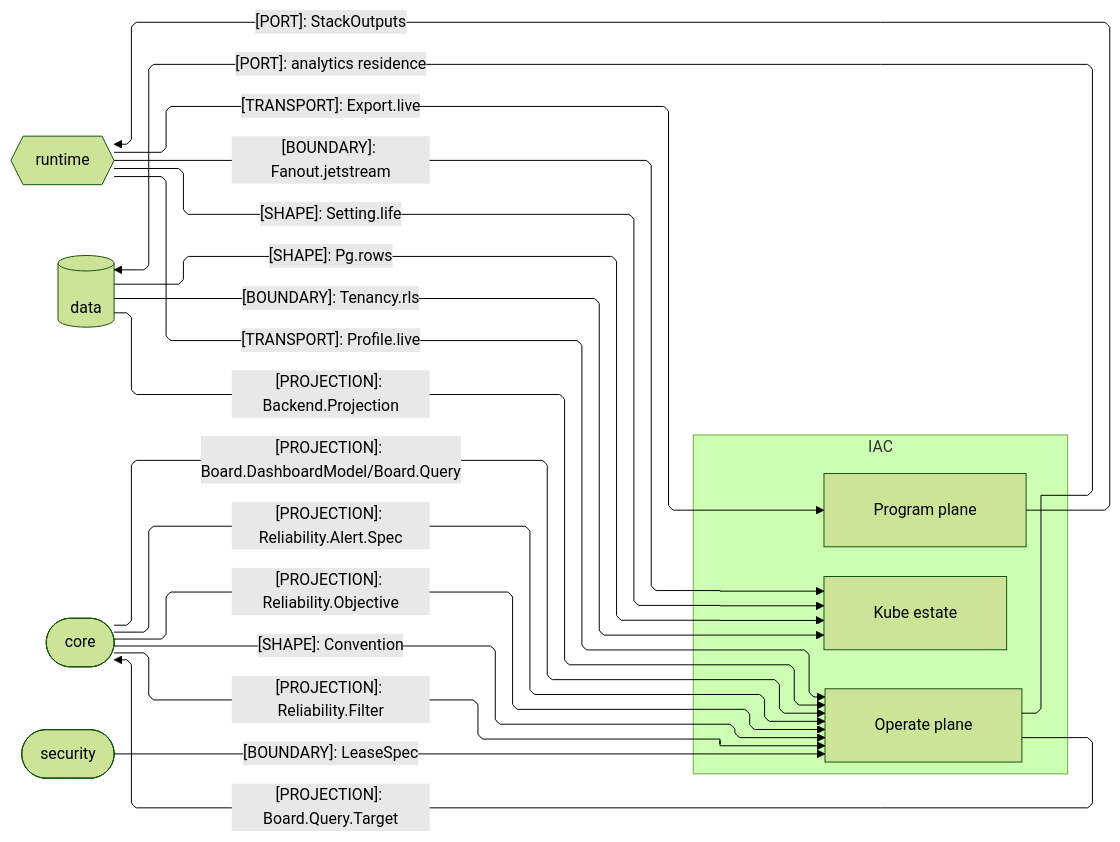
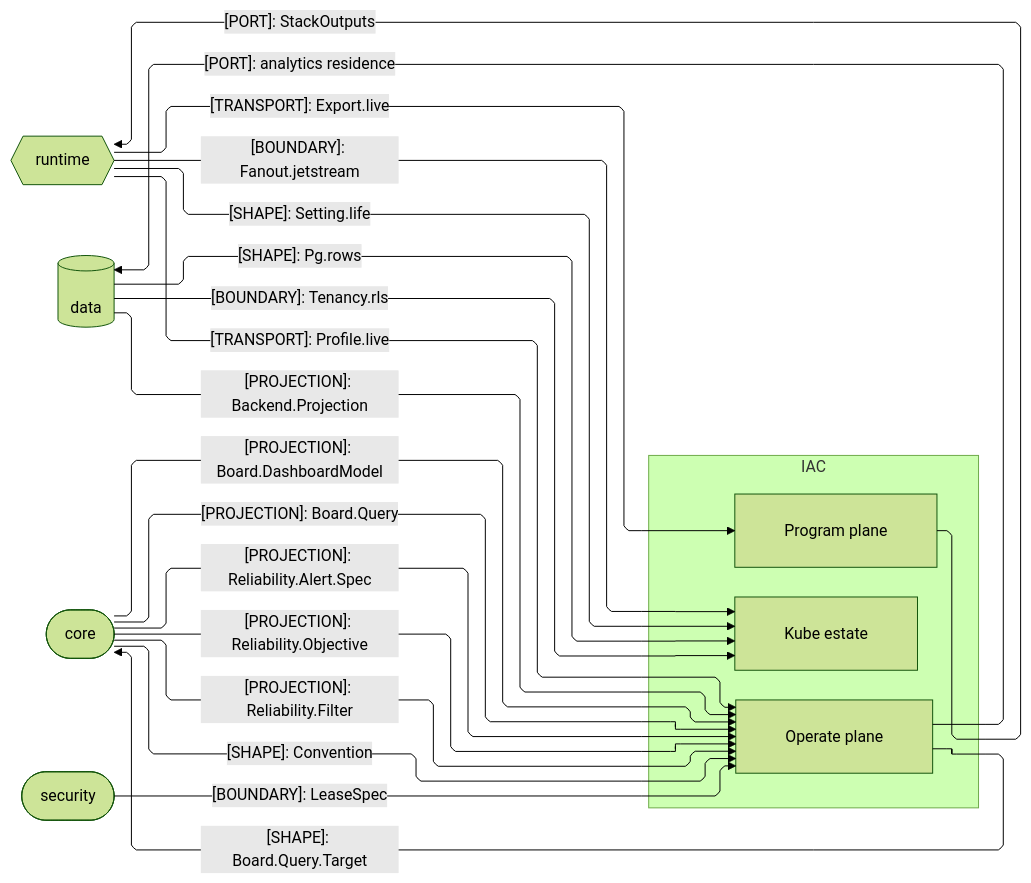
One commit to bsamiee/Rasm changed the second of 3 diagrams in libs/typescript/iac/ARCHITECTURE.md. Above: the diagram before and after it, drawn with Mermaid (forest theme). The commit also changed other lines of this file and 115 other files, not shown here.

````diff
--- a/libs/typescript/iac/ARCHITECTURE.md
+++ b/libs/typescript/iac/ARCHITECTURE.md
@@ -78,37 +80,38 @@
 ```mermaid
 ---
 config:
   layout: elk
   flowchart:
     curve: linear
     padding: 25
 ---
 flowchart LR
     accTitle: IaC package seam registry
     accDescr: IaC owners exchanging stack outputs, data-plane shapes, board packs, and lease custody with runtime, data, core, and security.
     subgraph iac[IAC]
         Program[Program plane]
         Operate[Operate plane]
         Kube[Kube estate]
     end
     Runtime{{runtime}}
     Data[(data)]
     Core([core])
     Security([security])
     Program e1@-->|"[PORT]: StackOutputs"| Runtime
     Data e2@-->|"[SHAPE]: Pg.rows"| Kube
     Data e3@-->|"[BOUNDARY]: Tenancy.rls"| Kube
-    Data e14@-->|"[PROJECTION]: Backend.Projection"| Operate
-    Runtime e4@-->|"[BOUNDARY]: Fanout.jetstream"| Kube
-    Runtime e5@-->|"[SHAPE]: Setting.life"| Kube
-    Core e7@-->|"[PROJECTION]: Board.DashboardModel/Board.Query"| Operate
-    Core e8@-->|"[PROJECTION]: Reliability.Alert.Spec"| Operate
-    Core e9@-->|"[PROJECTION]: Reliability.Objective"| Operate
-    Core e15@-->|"[SHAPE]: Convention"| Operate
+    Data e4@-->|"[PROJECTION]: Backend.Projection"| Operate
+    Runtime e5@-->|"[BOUNDARY]: Fanout.jetstream"| Kube
+    Runtime e6@-->|"[SHAPE]: Setting.life"| Kube
+    Runtime e7@-->|"[TRANSPORT]: Export.live"| Program
+    Runtime e8@-->|"[TRANSPORT]: Profile.live"| Operate
+    Core e9@-->|"[PROJECTION]: Board.DashboardModel"| Operate
+    Core e10@-->|"[PROJECTION]: Board.Query"| Operate
+    Core e11@-->|"[PROJECTION]: Reliability.Alert.Spec"| Operate
+    Core e12@-->|"[PROJECTION]: Reliability.Objective"| Operate
+    Core e13@-->|"[PROJECTION]: Reliability.Filter"| Operate
+    Core e14@-->|"[SHAPE]: Convention"| Operate
+    Security e15@-->|"[BOUNDARY]: LeaseSpec"| Operate
     Operate e16@-->|"[PORT]: analytics residence"| Data
-    Operate e17@-->|"[PROJECTION]: Board.Query.Target"| Core
-    Runtime e10@-->|"[TRANSPORT]: Export.live"| Program
-    Runtime e11@-->|"[TRANSPORT]: Profile.live"| Operate
-    Core e12@-->|"[PROJECTION]: Reliability.Filter"| Operate
-    Security e13@-->|"[BOUNDARY]: LeaseSpec"| Operate
+    Operate e17@-->|"[SHAPE]: Board.Query.Target"| Core
 ```
````
